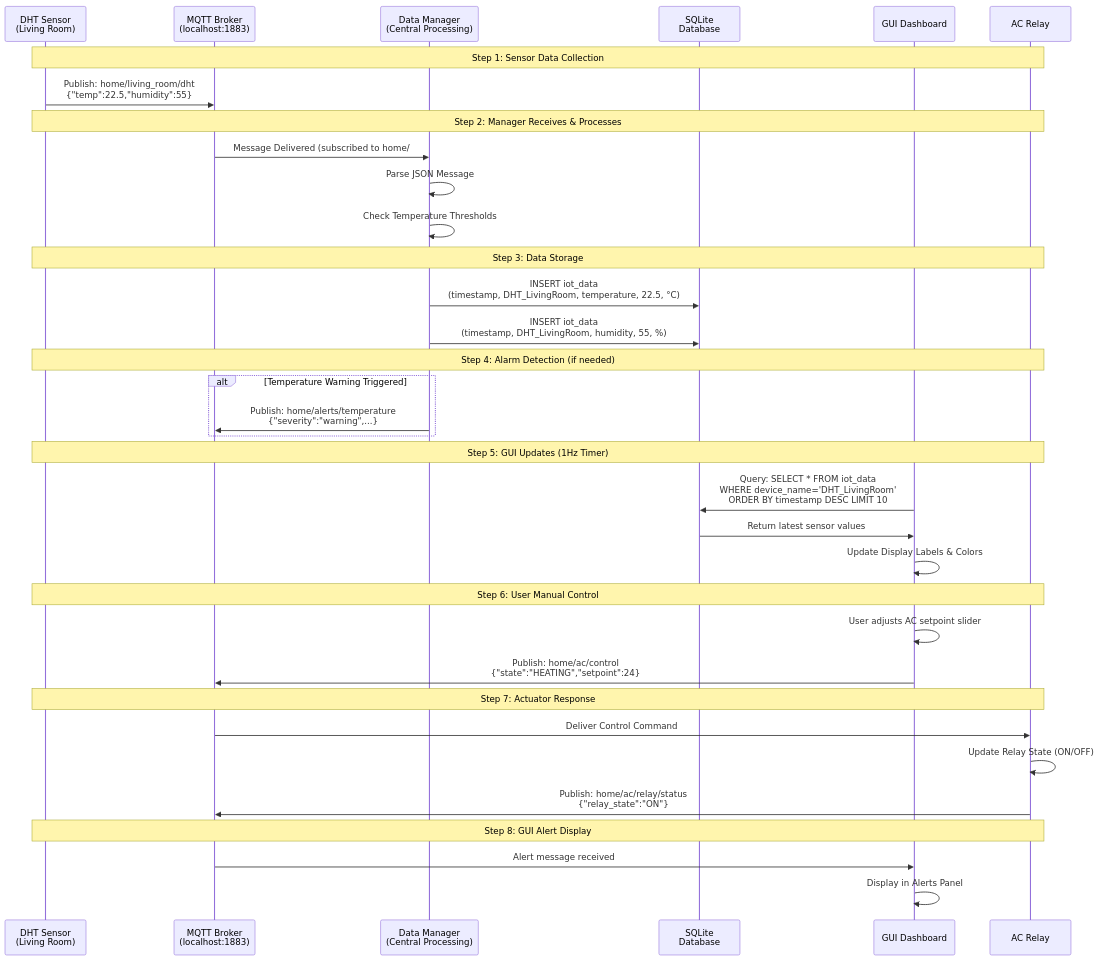
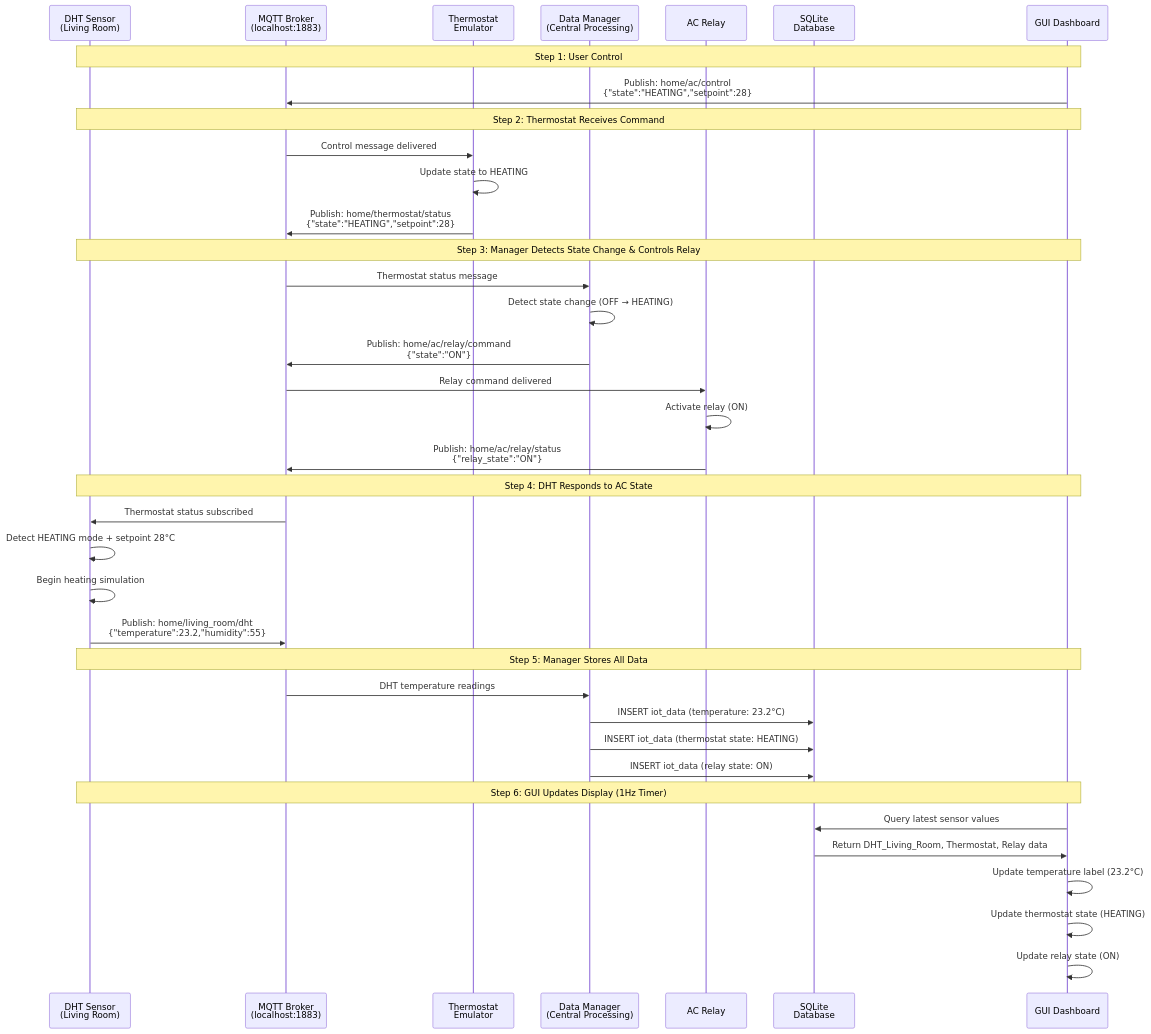
The first of 3 diagrams in final-project/diagrams/dataflow.md (elad-hayek/HIT-IOT-Assignments), drawn with Mermaid before and after one commit. The commit also changed 4 other files, not shown here.

````diff
--- a/final-project/diagrams/dataflow.md
+++ b/final-project/diagrams/dataflow.md
@@ -5,44 +7,45 @@
 ```mermaid
 sequenceDiagram
     participant DHT as DHT Sensor<br/>(Living Room)
     participant BR as MQTT Broker<br/>(localhost:1883)
+    participant THERMO as Thermostat<br/>Emulator
     participant MG as Data Manager<br/>(Central Processing)
+    participant RELAY as AC Relay
     participant DB as SQLite<br/>Database
     participant GUI as GUI Dashboard
-    participant RELAY as AC Relay
 
-    Note over DHT,RELAY: Step 1: Sensor Data Collection
-    DHT->>BR: Publish: home/living_room/dht<br/>{"temp":22.5,"humidity":55}
+    Note over DHT,GUI: Step 1: User Control
+    GUI->>BR: Publish: home/ac/control<br/>{"state":"HEATING","setpoint":28}
 
-    Note over DHT,RELAY: Step 2: Manager Receives & Processes
-    BR->>MG: Message Delivered (subscribed to home/#)
-    MG->>MG: Parse JSON Message
-    MG->>MG: Check Temperature Thresholds
+    Note over DHT,GUI: Step 2: Thermostat Receives Command
+    BR->>THERMO: Control message delivered
+    THERMO->>THERMO: Update state to HEATING
+    THERMO->>BR: Publish: home/thermostat/status<br/>{"state":"HEATING","setpoint":28}
 
-    Note over DHT,RELAY: Step 3: Data Storage
-    MG->>DB: INSERT iot_data<br/>(timestamp, DHT_LivingRoom, temperature, 22.5, °C)
-    MG->>DB: INSERT iot_data<br/>(timestamp, DHT_LivingRoom, humidity, 55, %)
-
-    Note over DHT,RELAY: Step 4: Alarm Detection (if needed)
-    alt Temperature Warning Triggered
-        MG->>BR: Publish: home/alerts/temperature<br/>{"severity":"warning",...}
-    end
-
-    Note over DHT,RELAY: Step 5: GUI Updates (1Hz Timer)
-    GUI->>DB: Query: SELECT * FROM iot_data<br/>WHERE device_name='DHT_LivingRoom'<br/>ORDER BY timestamp DESC LIMIT 10
-    DB->>GUI: Return latest sensor values
-    GUI->>GUI: Update Display Labels & Colors
-
-    Note over DHT,RELAY: Step 6: User Manual Control
-    GUI->>GUI: User adjusts AC setpoint slider
-    GUI->>BR: Publish: home/ac/control<br/>{"state":"HEATING","setpoint":24}
-
-    Note over DHT,RELAY: Step 7: Actuator Response
-    BR->>RELAY: Deliver Control Command
-    RELAY->>RELAY: Update Relay State (ON/OFF)
+    Note over DHT,GUI: Step 3: Manager Detects State Change & Controls Relay
+    BR->>MG: Thermostat status message
+    MG->>MG: Detect state change (OFF → HEATING)
+    MG->>BR: Publish: home/ac/relay/command<br/>{"state":"ON"}
+    BR->>RELAY: Relay command delivered
+    RELAY->>RELAY: Activate relay (ON)
     RELAY->>BR: Publish: home/ac/relay/status<br/>{"relay_state":"ON"}
 
-    Note over DHT,RELAY: Step 8: GUI Alert Display
-    BR->>GUI: Alert message received
-    GUI->>GUI: Display in Alerts Panel
+    Note over DHT,GUI: Step 4: DHT Responds to AC State
+    BR->>DHT: Thermostat status subscribed
+    DHT->>DHT: Detect HEATING mode + setpoint 28°C
+    DHT->>DHT: Begin heating simulation
+    DHT->>BR: Publish: home/living_room/dht<br/>{"temperature":23.2,"humidity":55}
+
+    Note over DHT,GUI: Step 5: Manager Stores All Data
+    BR->>MG: DHT temperature readings
+    MG->>DB: INSERT iot_data (temperature: 23.2°C)
+    MG->>DB: INSERT iot_data (thermostat state: HEATING)
+    MG->>DB: INSERT iot_data (relay state: ON)
+
+    Note over DHT,GUI: Step 6: GUI Updates Display (1Hz Timer)
+    GUI->>DB: Query latest sensor values
+    DB->>GUI: Return DHT_Living_Room, Thermostat, Relay data
+    GUI->>GUI: Update temperature label (23.2°C)
+    GUI->>GUI: Update thermostat state (HEATING)
+    GUI->>GUI: Update relay state (ON)
 ```
````
